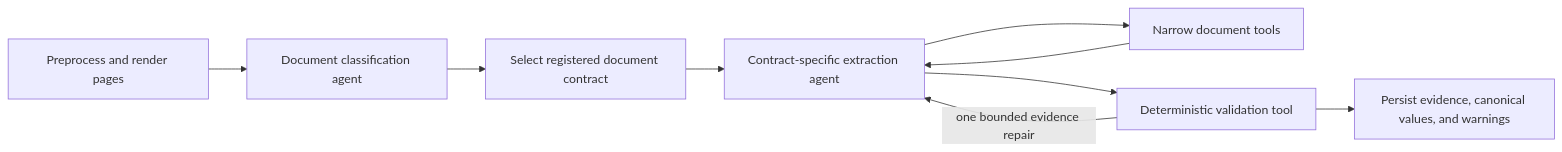
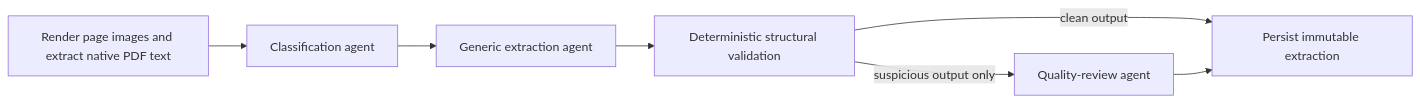
Before and after one commit to SriCharanGundla/CAssist: the third of 4 diagrams in ARCHITECTURE.md, drawn with Mermaid. The commit also changed other lines of this file and 2 other files, not shown here.

Commit message:
Adopt generic document-led extraction architecture

````diff
--- a/ARCHITECTURE.md
+++ b/ARCHITECTURE.md
@@ -855,11 +876,9 @@
 ```mermaid
 flowchart LR
-    PRE["Preprocess and render pages"] --> CLASSIFY["Document classification agent"]
-    CLASSIFY --> CONTRACT["Select registered document contract"]
-    CONTRACT --> EXTRACT["Contract-specific extraction agent"]
-    EXTRACT --> TOOLS["Narrow document tools"]
-    TOOLS --> EXTRACT
-    EXTRACT --> VALIDATE["Deterministic validation tool"]
-    VALIDATE -->|"one bounded evidence repair"| EXTRACT
-    VALIDATE --> PERSIST["Persist evidence, canonical values, and warnings"]
+    PRE["Render page images and extract native PDF text"] --> CLASSIFY["Classification agent"]
+    CLASSIFY --> EXTRACT["Generic extraction agent"]
+    EXTRACT --> STRUCTURE["Deterministic structural validation"]
+    STRUCTURE -->|"suspicious output only"| QUALITY["Quality-review agent"]
+    STRUCTURE -->|"clean output"| PERSIST["Persist immutable extraction"]
+    QUALITY --> PERSIST
 ```
````
